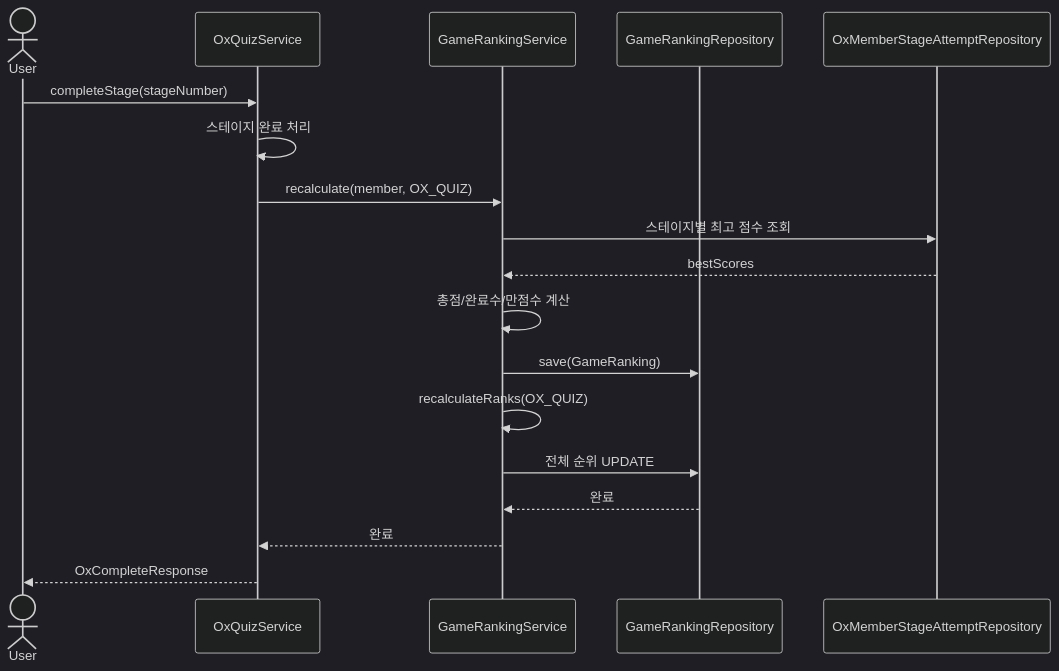
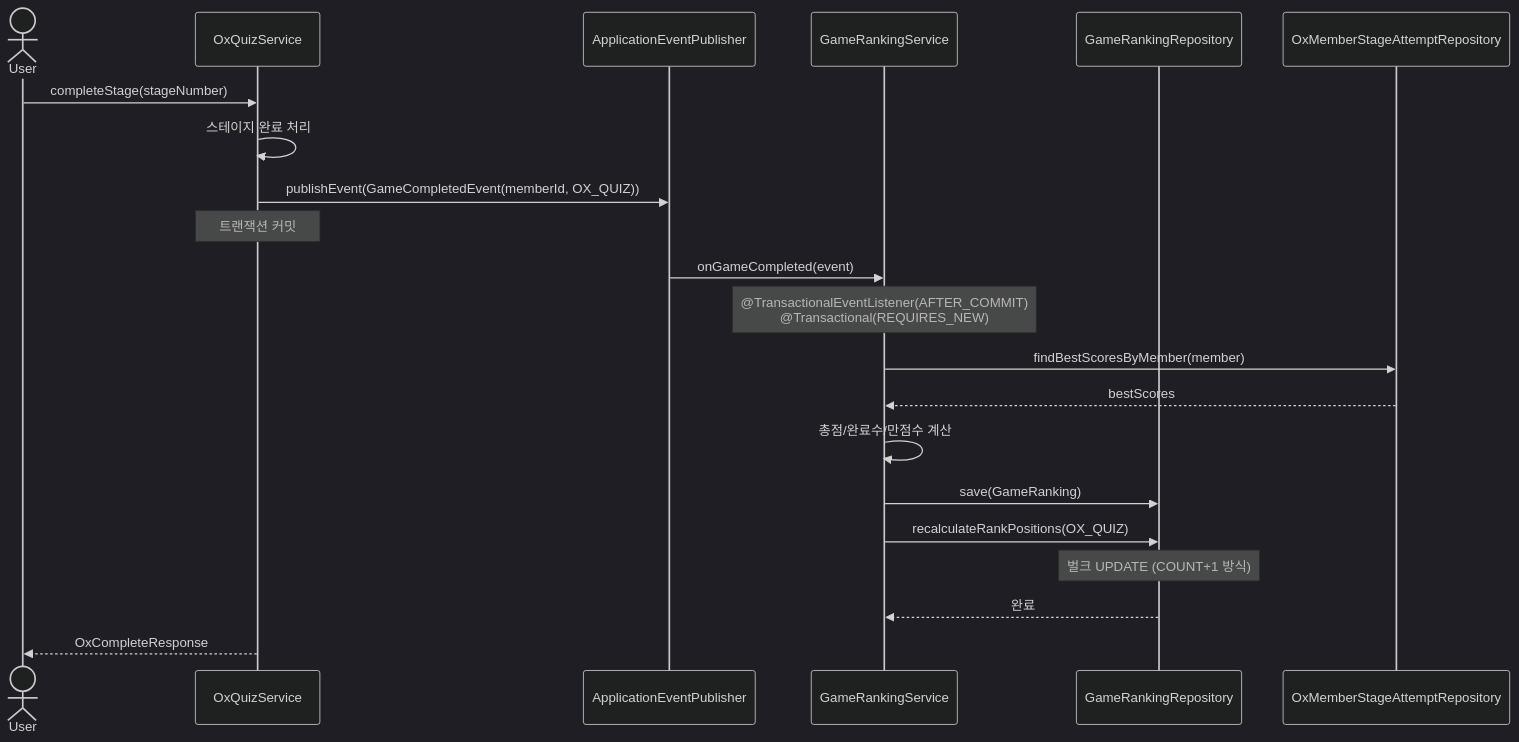
One commit to an-in-seek/el-seeker changed the third of 3 diagrams in docs/game/game-ranking-design.md. Above: the diagram before and after it, drawn with Mermaid (dark theme). The commit also changed other lines of this file, not shown here.

````diff
--- a/docs/game/game-ranking-design.md
+++ b/docs/game/game-ranking-design.md
@@ -584,21 +636,24 @@
 ```mermaid
 sequenceDiagram
     actor User
     participant QuizService as OxQuizService
+    participant EventPublisher as ApplicationEventPublisher
     participant RankingService as GameRankingService
     participant RankingRepo as GameRankingRepository
     participant AttemptRepo as OxMemberStageAttemptRepository
 
     User->>QuizService: completeStage(stageNumber)
     QuizService->>QuizService: 스테이지 완료 처리
-    QuizService->>RankingService: recalculate(member, OX_QUIZ)
-    RankingService->>AttemptRepo: 스테이지별 최고 점수 조회
+    QuizService->>EventPublisher: publishEvent(GameCompletedEvent(memberId, OX_QUIZ))
+    Note over QuizService: 트랜잭션 커밋
+    EventPublisher->>RankingService: onGameCompleted(event)
+    Note over RankingService: @TransactionalEventListener(AFTER_COMMIT)<br/>@Transactional(REQUIRES_NEW)
+    RankingService->>AttemptRepo: findBestScoresByMember(member)
     AttemptRepo-->>RankingService: bestScores
     RankingService->>RankingService: 총점/완료수/만점수 계산
     RankingService->>RankingRepo: save(GameRanking)
-    RankingService->>RankingService: recalculateRanks(OX_QUIZ)
-    RankingService->>RankingRepo: 전체 순위 UPDATE
+    RankingService->>RankingRepo: recalculateRankPositions(OX_QUIZ)
+    Note over RankingRepo: 벌크 UPDATE (COUNT+1 방식)
     RankingRepo-->>RankingService: 완료
-    RankingService-->>QuizService: 완료
     QuizService-->>User: OxCompleteResponse
 ```
````
